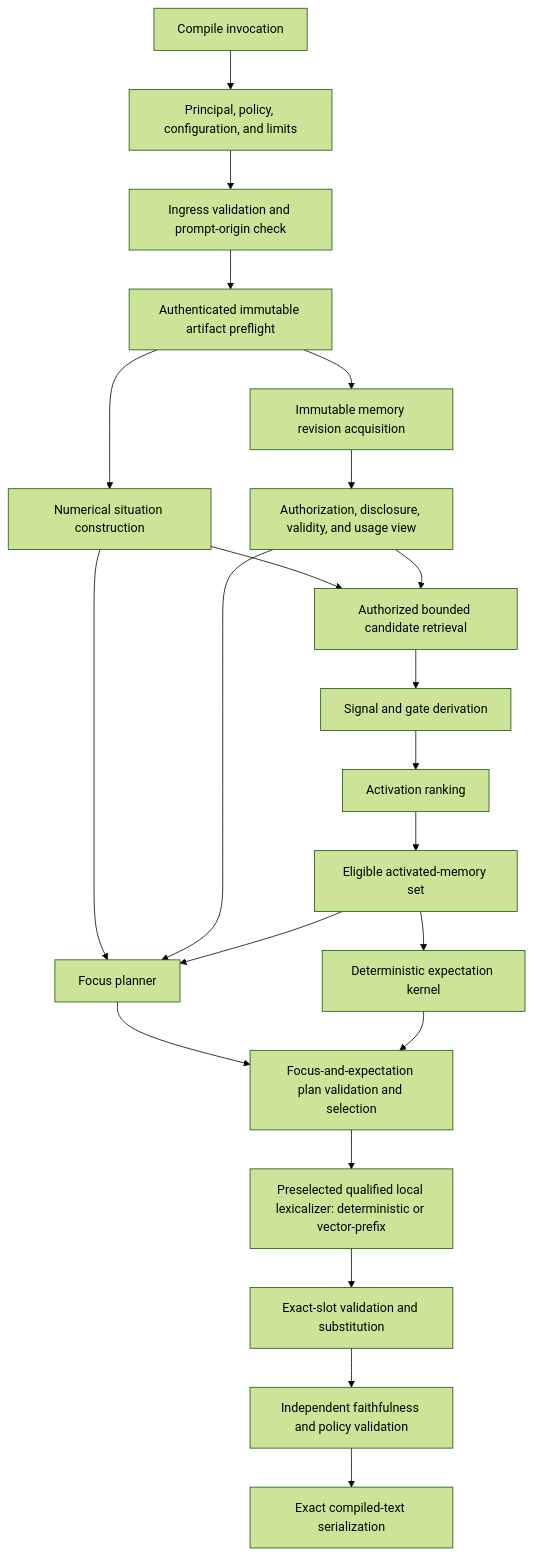
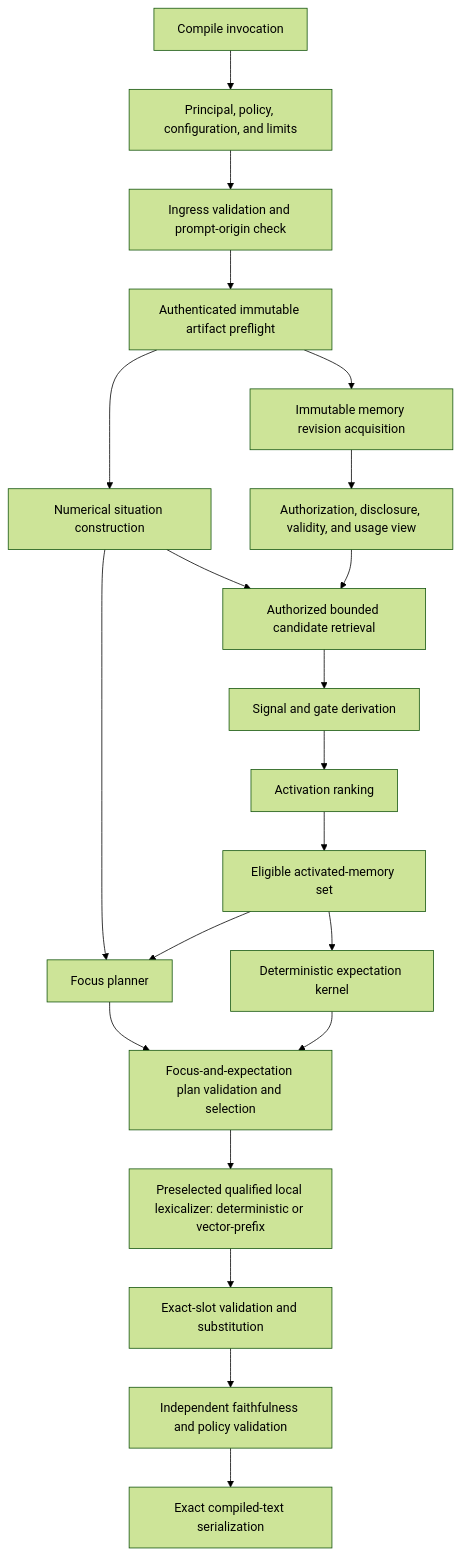
One commit to Lamentis-operating-systems/nemosyne changed the first of 8 diagrams in docs/specifications/v1-reference-architecture.md. Above: the diagram before and after it, drawn with Mermaid (forest theme). The commit also changed other lines of this file and 4 other files, not shown here.

Commit message:
Close V1 architecture review gaps

````diff
--- a/docs/specifications/v1-reference-architecture.md
+++ b/docs/specifications/v1-reference-architecture.md
@@ -51,24 +53,23 @@
 ```mermaid
 flowchart TD
     I["Compile invocation"] --> C["Principal, policy, configuration, and limits"]
     C --> V["Ingress validation and prompt-origin check"]
     V --> A["Authenticated immutable artifact preflight"]
     A --> Q["Numerical situation construction"]
     A --> M["Immutable memory revision acquisition"]
     M --> P["Authorization, disclosure, validity, and usage view"]
     Q --> R["Authorized bounded candidate retrieval"]
     P --> R
     R --> D["Signal and gate derivation"]
     D --> K["Activation ranking"]
     K --> S["Eligible activated-memory set"]
     Q --> F["Focus planner"]
-    P --> F
     S --> F["Focus planner"]
     S --> E["Deterministic expectation kernel"]
     F --> J["Focus-and-expectation plan validation and selection"]
     E --> J
     J --> L["Preselected qualified local lexicalizer: deterministic or vector-prefix"]
     L --> Z["Exact-slot validation and substitution"]
     Z --> H["Independent faithfulness and policy validation"]
     H --> O["Exact compiled-text serialization"]
 ```
````
